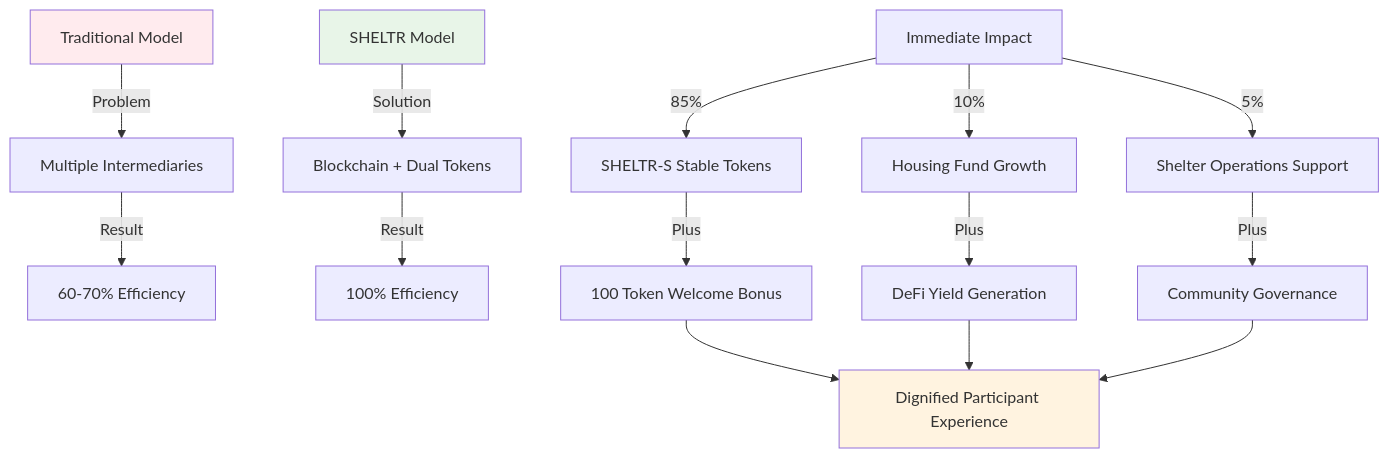
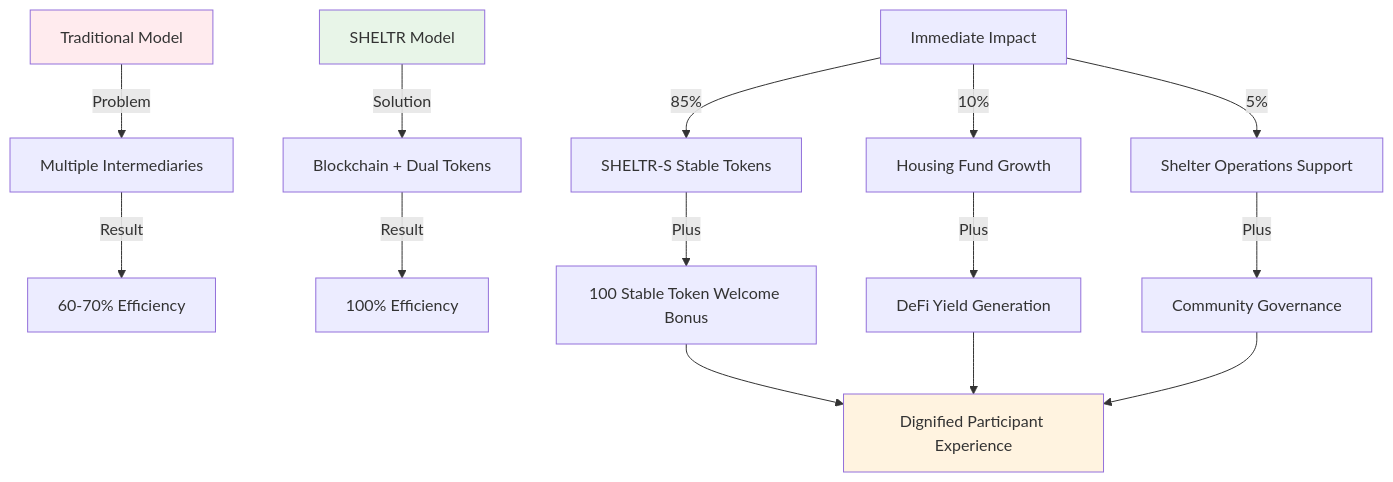
One commit to mrj0nesmtl/sheltr-ai changed the diagram in docs/01-overview/hacking_homelessness.md. Above: the diagram before and after it, drawn with Mermaid. The commit also changed other lines of this file and 41 other files, not shown here.

````diff
--- a/docs/01-overview/hacking_homelessness.md
+++ b/docs/01-overview/hacking_homelessness.md
@@ -50,24 +50,24 @@
 ```mermaid
 graph TD
     A[Traditional Model] -->|Problem| B[Multiple Intermediaries]
     B -->|Result| C[60-70% Efficiency]
     
     D[SHELTR Model] -->|Solution| E[Blockchain + Dual Tokens]
     E -->|Result| F[100% Efficiency]
     
     G[Immediate Impact] -->|85%| H[SHELTR-S Stable Tokens]
     G -->|10%| I[Housing Fund Growth]
     G -->|5%| J[Shelter Operations Support]
     
-    H -->|Plus| K[100 Token Welcome Bonus]
+    H -->|Plus| K[100 Stable Token Welcome Bonus]
     I -->|Plus| L[DeFi Yield Generation]
     J -->|Plus| M[Community Governance]
     
     K --> N[Dignified Participant Experience]
     L --> N
     M --> N
     
     style A fill:#ffebee
     style D fill:#e8f5e8
     style N fill:#fff3e0
 ```
````
